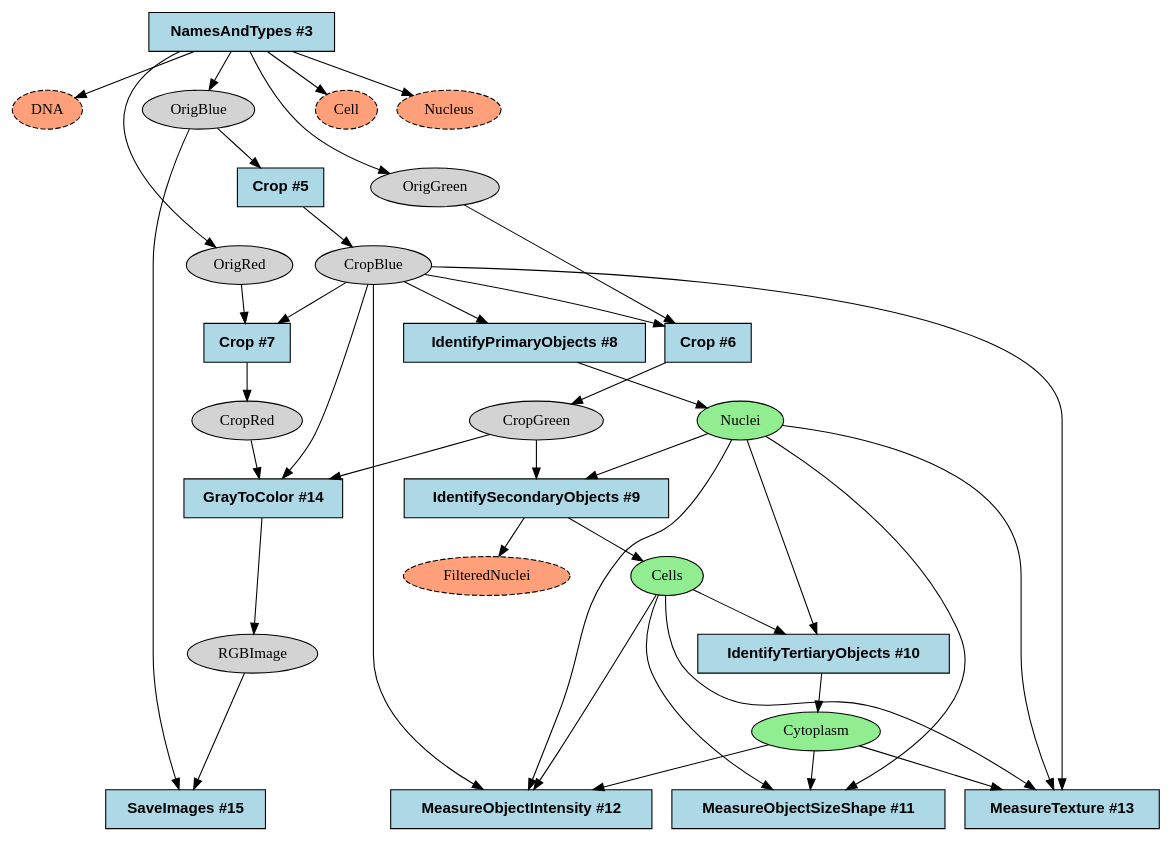
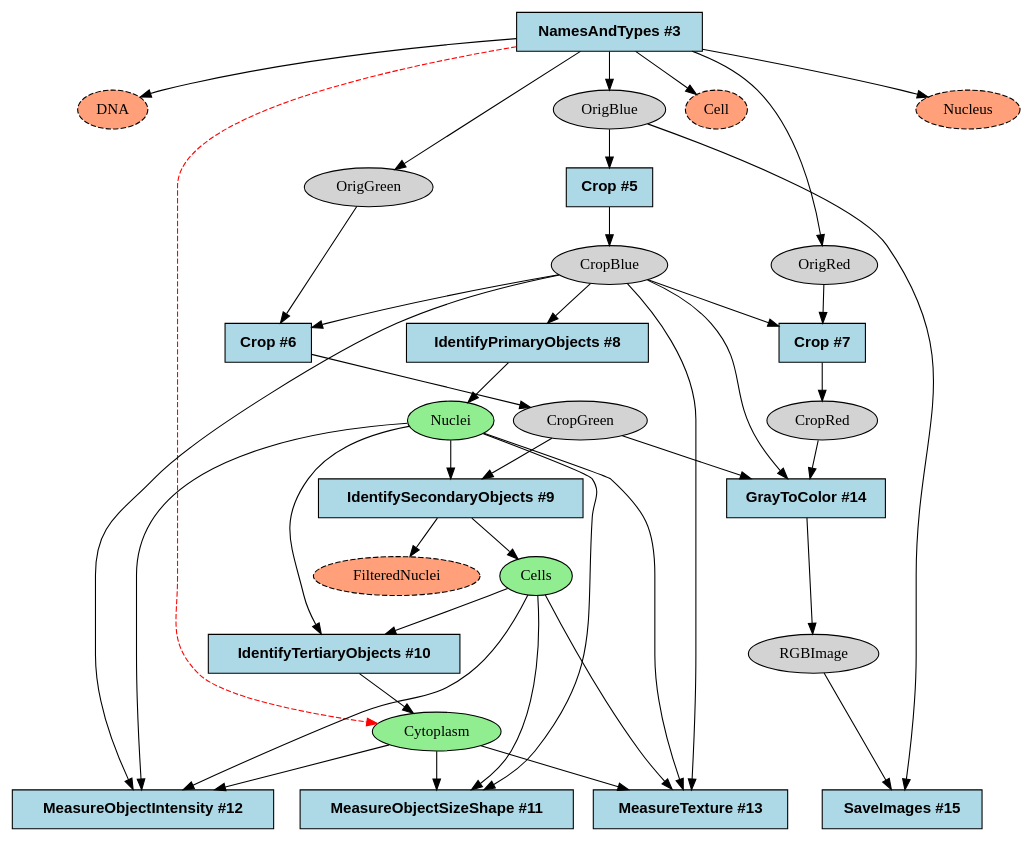
Before and after one commit to shntnu/cp_graph: the diagram in examples/output/ExampleFly.dot, drawn with Graphviz. The commit also changed 2 other files, not shown here.

```diff
--- a/examples/output/ExampleFly.dot
+++ b/examples/output/ExampleFly.dot
@@ -1,70 +1,71 @@
 strict digraph {
 Crop_332d8a68 [type=module, label="Crop #7", module_name=Crop, module_num=7, original_num=7, stable_id="Crop_332d8a68", enabled=True, shape=box, style=filled, fontname="Helvetica-Bold", fillcolor=lightblue];
 Crop_3828b249 [type=module, label="Crop #5", module_name=Crop, module_num=5, original_num=5, stable_id="Crop_3828b249", enabled=True, shape=box, style=filled, fontname="Helvetica-Bold", fillcolor=lightblue];
 Crop_39198e21 [type=module, label="Crop #6", module_name=Crop, module_num=6, original_num=6, stable_id="Crop_39198e21", enabled=True, shape=box, style=filled, fontname="Helvetica-Bold", fillcolor=lightblue];
 GrayToColor_dc85e759 [type=module, label="GrayToColor #14", module_name=GrayToColor, module_num=14, original_num=14, stable_id="GrayToColor_dc85e759", enabled=True, shape=box, style=filled, fontname="Helvetica-Bold", fillcolor=lightblue];
 IdentifyPrimaryObjects_b59141d4 [type=module, label="IdentifyPrimaryObjects #8", module_name=IdentifyPrimaryObjects, module_num=8, original_num=8, stable_id="IdentifyPrimaryObjects_b59141d4", enabled=True, shape=box, style=filled, fontname="Helvetica-Bold", fillcolor=lightblue];
 IdentifySecondaryObjects_617cabe9 [type=module, label="IdentifySecondaryObjects #9", module_name=IdentifySecondaryObjects, module_num=9, original_num=9, stable_id="IdentifySecondaryObjects_617cabe9", enabled=True, shape=box, style=filled, fontname="Helvetica-Bold", fillcolor=lightblue];
 IdentifyTertiaryObjects_ac7b69a9 [type=module, label="IdentifyTertiaryObjects #10", module_name=IdentifyTertiaryObjects, module_num=10, original_num=10, stable_id="IdentifyTertiaryObjects_ac7b69a9", enabled=True, shape=box, style=filled, fontname="Helvetica-Bold", fillcolor=lightblue];
 MeasureObjectIntensity_493d53fb [type=module, label="MeasureObjectIntensity #12", module_name=MeasureObjectIntensity, module_num=12, original_num=12, stable_id="MeasureObjectIntensity_493d53fb", enabled=True, shape=box, style=filled, fontname="Helvetica-Bold", fillcolor=lightblue];
 MeasureObjectSizeShape_33e152a1 [type=module, label="MeasureObjectSizeShape #11", module_name=MeasureObjectSizeShape, module_num=11, original_num=11, stable_id="MeasureObjectSizeShape_33e152a1", enabled=True, shape=box, style=filled, fontname="Helvetica-Bold", fillcolor=lightblue];
 MeasureTexture_493d53fb [type=module, label="MeasureTexture #13", module_name=MeasureTexture, module_num=13, original_num=13, stable_id="MeasureTexture_493d53fb", enabled=True, shape=box, style=filled, fontname="Helvetica-Bold", fillcolor=lightblue];
 NamesAndTypes_a64add3 [type=module, label="NamesAndTypes #3", module_name=NamesAndTypes, module_num=3, original_num=3, stable_id="NamesAndTypes_a64add3", enabled=True, shape=box, style=filled, fontname="Helvetica-Bold", fillcolor=lightblue];
 SaveImages_c2b508af [type=module, label="SaveImages #15", module_name=SaveImages, module_num=15, original_num=15, stable_id="SaveImages_c2b508af", enabled=True, shape=box, style=filled, fontname="Helvetica-Bold", fillcolor=lightblue];
 image__CropBlue [type=image, label=CropBlue, shape=ellipse, style=filled, fillcolor=lightgray];
 image__CropGreen [type=image, label=CropGreen, shape=ellipse, style=filled, fillcolor=lightgray];
 image__CropRed [type=image, label=CropRed, shape=ellipse, style=filled, fillcolor=lightgray];
 image__DNA [type=image, label=DNA, filtered=True, shape=ellipse, style="filled,dashed", fillcolor=lightsalmon];
 image__OrigBlue [type=image, label=OrigBlue, shape=ellipse, style=filled, fillcolor=lightgray];
 image__OrigGreen [type=image, label=OrigGreen, shape=ellipse, style=filled, fillcolor=lightgray];
 image__OrigRed [type=image, label=OrigRed, shape=ellipse, style=filled, fillcolor=lightgray];
 image__RGBImage [type=image, label=RGBImage, shape=ellipse, style=filled, fillcolor=lightgray];
 object__Cell [type=object, label=Cell, filtered=True, shape=ellipse, style="filled,dashed", fillcolor=lightsalmon];
 object__Cells [type=object, label=Cells, shape=ellipse, style=filled, fillcolor=lightgreen];
 object__Cytoplasm [type=object, label=Cytoplasm, shape=ellipse, style=filled, fillcolor=lightgreen];
 object__FilteredNuclei [type=object, label=FilteredNuclei, filtered=True, shape=ellipse, style="filled,dashed", fillcolor=lightsalmon];
 object__Nuclei [type=object, label=Nuclei, shape=ellipse, style=filled, fillcolor=lightgreen];
 object__Nucleus [type=object, label=Nucleus, filtered=True, shape=ellipse, style="filled,dashed", fillcolor=lightsalmon];
 Crop_332d8a68 -> image__CropRed [type="image_output"];
 Crop_3828b249 -> image__CropBlue [type="image_output"];
 Crop_39198e21 -> image__CropGreen [type="image_output"];
 GrayToColor_dc85e759 -> image__RGBImage [type="image_output"];
 IdentifyPrimaryObjects_b59141d4 -> object__Nuclei [type="object_output"];
 IdentifySecondaryObjects_617cabe9 -> object__Cells [type="object_output"];
 IdentifySecondaryObjects_617cabe9 -> object__FilteredNuclei [type="object_output"];
 IdentifyTertiaryObjects_ac7b69a9 -> object__Cytoplasm [type="object_output"];
 NamesAndTypes_a64add3 -> image__DNA [type="image_output"];
 NamesAndTypes_a64add3 -> image__OrigBlue [type="image_output"];
 NamesAndTypes_a64add3 -> image__OrigGreen [type="image_output"];
 NamesAndTypes_a64add3 -> image__OrigRed [type="image_output"];
 NamesAndTypes_a64add3 -> object__Cell [type="object_output"];
+NamesAndTypes_a64add3 -> object__Cytoplasm [type="object_output", filtered=True, style=dashed, color=red];
 NamesAndTypes_a64add3 -> object__Nucleus [type="object_output"];
 image__CropBlue -> Crop_332d8a68 [type="image_input"];
 image__CropBlue -> Crop_39198e21 [type="image_input"];
 image__CropBlue -> GrayToColor_dc85e759 [type="image_input"];
 image__CropBlue -> IdentifyPrimaryObjects_b59141d4 [type="image_input"];
 image__CropBlue -> MeasureObjectIntensity_493d53fb [type="image_list_input"];
 image__CropBlue -> MeasureTexture_493d53fb [type="image_list_input"];
 image__CropGreen -> GrayToColor_dc85e759 [type="image_input"];
 image__CropGreen -> IdentifySecondaryObjects_617cabe9 [type="image_input"];
 image__CropRed -> GrayToColor_dc85e759 [type="image_input"];
 image__OrigBlue -> Crop_3828b249 [type="image_input"];
 image__OrigBlue -> SaveImages_c2b508af [type="image_input"];
 image__OrigGreen -> Crop_39198e21 [type="image_input"];
 image__OrigRed -> Crop_332d8a68 [type="image_input"];
 image__RGBImage -> SaveImages_c2b508af [type="image_input"];
 object__Cells -> IdentifyTertiaryObjects_ac7b69a9 [type="object_input"];
 object__Cells -> MeasureObjectIntensity_493d53fb [type="object_list_input"];
 object__Cells -> MeasureObjectSizeShape_33e152a1 [type="object_list_input"];
 object__Cells -> MeasureTexture_493d53fb [type="object_list_input"];
 object__Cytoplasm -> MeasureObjectIntensity_493d53fb [type="object_list_input"];
 object__Cytoplasm -> MeasureObjectSizeShape_33e152a1 [type="object_list_input"];
 object__Cytoplasm -> MeasureTexture_493d53fb [type="object_list_input"];
 object__Nuclei -> IdentifySecondaryObjects_617cabe9 [type="object_input"];
 object__Nuclei -> IdentifyTertiaryObjects_ac7b69a9 [type="object_input"];
 object__Nuclei -> MeasureObjectIntensity_493d53fb [type="object_list_input"];
 object__Nuclei -> MeasureObjectSizeShape_33e152a1 [type="object_list_input"];
 object__Nuclei -> MeasureTexture_493d53fb [type="object_list_input"];
 
   {rank = max; MeasureObjectSizeShape_33e152a1; MeasureObjectIntensity_493d53fb; MeasureTexture_493d53fb; SaveImages_c2b508af;}
 }
```
